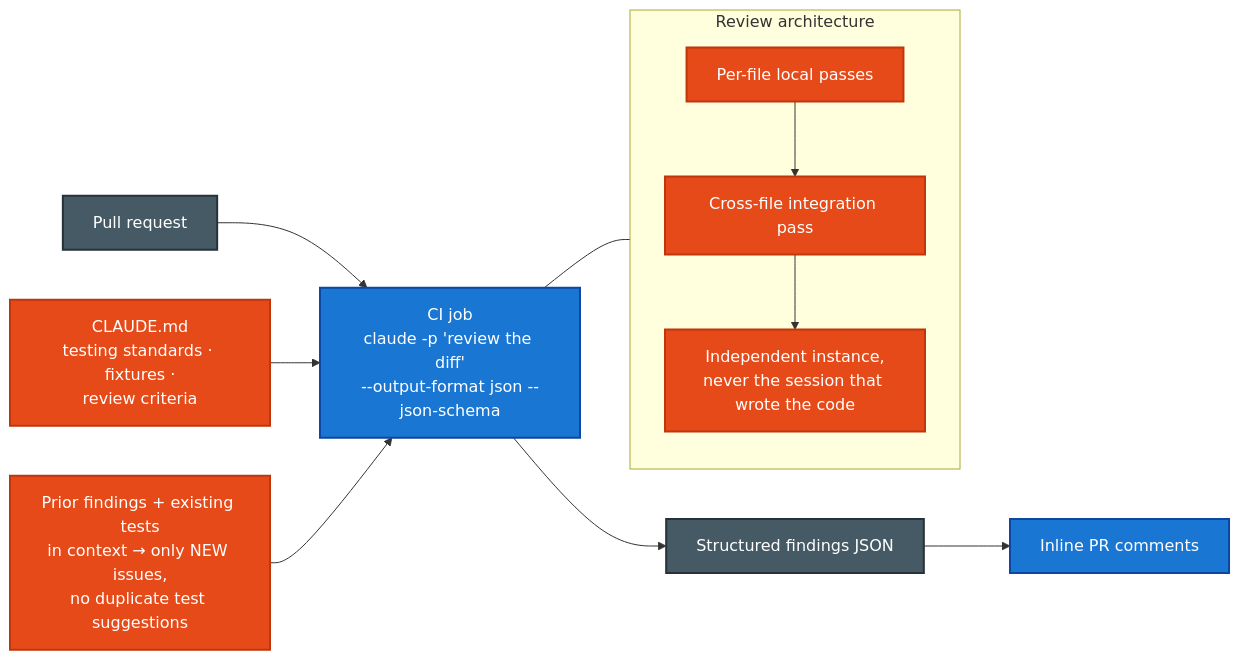
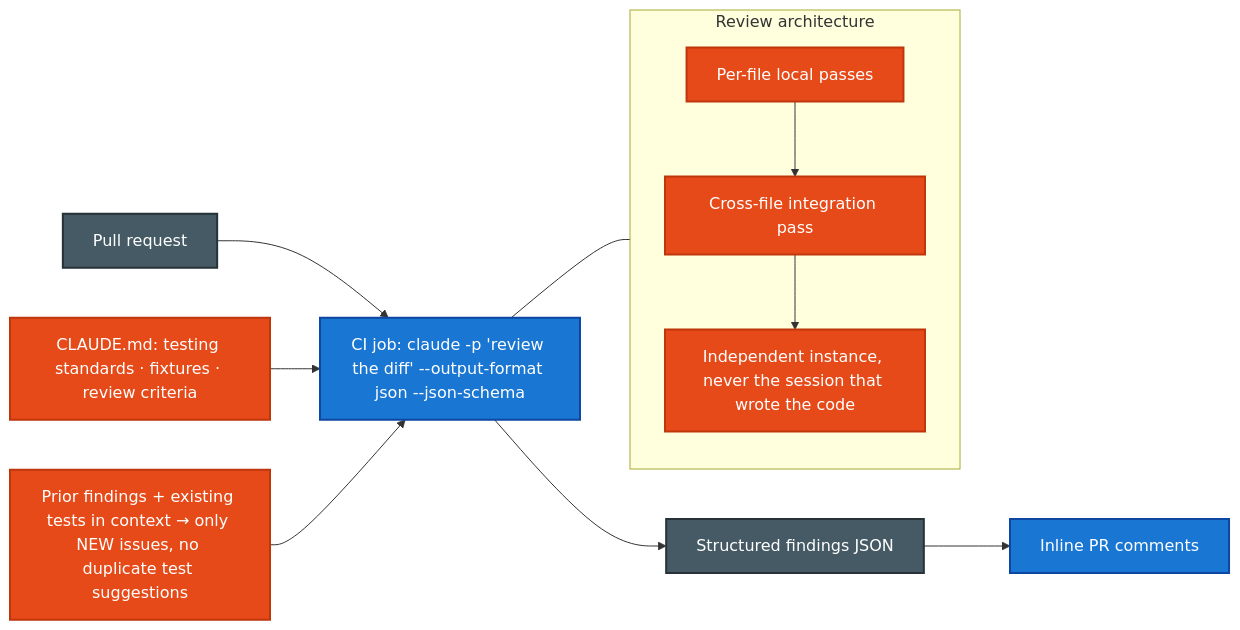
The first of 2 diagrams in CCA-F/scenarios/s5-ci-cd.md (parmar-m/claude-architect-certification-prep), drawn with Mermaid before and after one commit. The commit also changed other lines of this file and 25 other files, not shown here.

````diff
--- a/CCA-F/scenarios/s5-ci-cd.md
+++ b/CCA-F/scenarios/s5-ci-cd.md
@@ -9,19 +9,19 @@
 ```mermaid
 flowchart LR
-    PR["Pull request"] --> JOB["CI job<br/>claude -p 'review the diff'<br/>--output-format json --json-schema"]
-    CM["CLAUDE.md<br/>testing standards · fixtures ·<br/>review criteria"] --> JOB
-    PREV["Prior findings + existing tests<br/>in context → only NEW issues,<br/>no duplicate test suggestions"] --> JOB
+    PR["Pull request"] --> JOB["CI job: claude -p 'review the diff' --output-format json --json-schema"]
+    CM["CLAUDE.md: testing standards · fixtures · review criteria"] --> JOB
+    PREV["Prior findings + existing tests in context → only NEW issues, no duplicate test suggestions"] --> JOB
     JOB --> F["Structured findings JSON"]
     F --> IC["Inline PR comments"]
     subgraph REVIEW["Review architecture"]
         P1["Per-file local passes"] --> P2["Cross-file integration pass"]
-        P2 --> IND["Independent instance,<br/>never the session that wrote the code"]
+        P2 --> IND["Independent instance, never the session that wrote the code"]
     end
     JOB --- REVIEW
     classDef ci fill:#1976D2,color:#fff,stroke:#0D47A1,stroke-width:2px
     classDef prompt fill:#E64A19,color:#fff,stroke:#BF360C,stroke-width:2px
     classDef n fill:#455A64,color:#fff,stroke:#263238,stroke-width:2px
     class JOB,IC ci
     class CM,PREV,P1,P2,IND prompt
     class PR,F n
 ```
````
